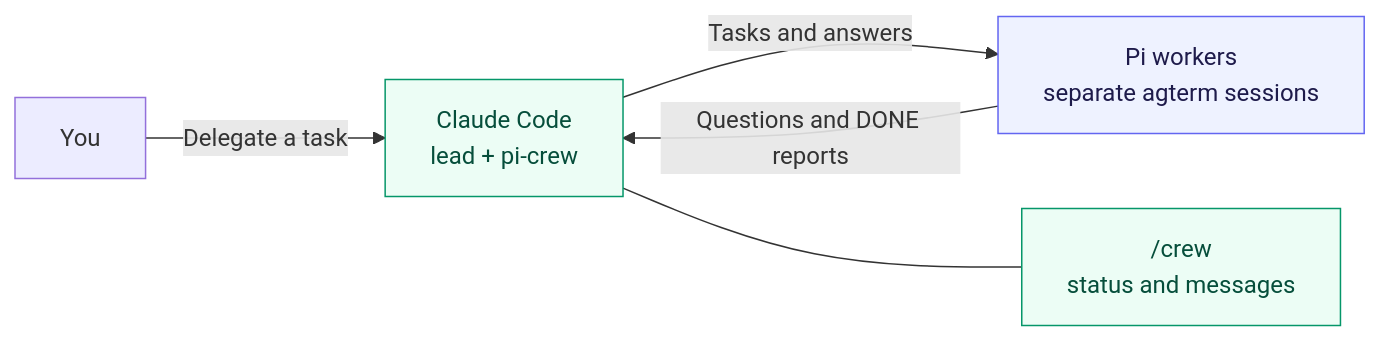
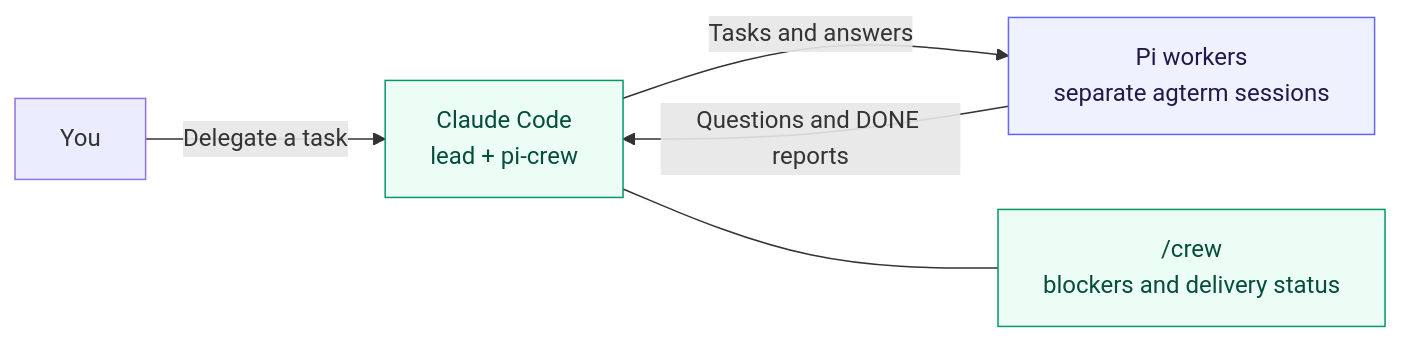
Before and after one commit to alexei-led/pi-crew: the diagram in README.md, drawn with Mermaid. The commit also changed other lines of this file and 20 other files, not shown here.

Commit message:
feat: keep crew messaging reliable without watching the pane (#8)

````diff
--- a/README.md
+++ b/README.md
@@ -9,11 +9,11 @@
 ```mermaid
 flowchart LR
     You -->|Delegate a task| Lead["Claude Code<br/>lead + pi-crew"]
     Lead -->|Tasks and answers| Workers["Pi workers<br/>separate agterm sessions"]
     Workers -->|Questions and DONE reports| Lead
-    Lead --- Pane["/crew<br/>status and messages"]
+    Lead --- Pane["/crew<br/>blockers and delivery status"]
     classDef core fill:#ecfdf5,stroke:#059669,color:#064e3b
     classDef ext fill:#eef2ff,stroke:#6366f1,color:#1e1b4b
     class Lead,Pane core
     class Workers ext
 ```
````
